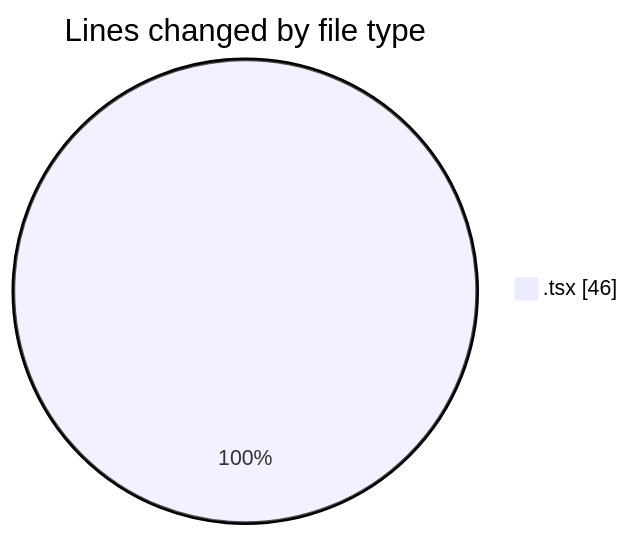
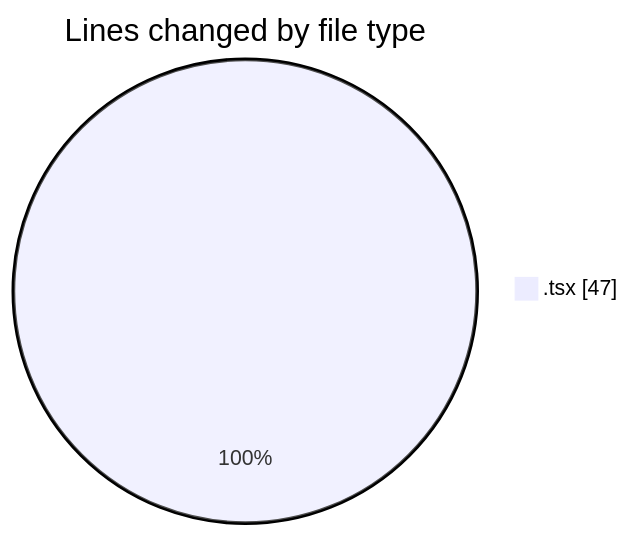
One commit to nxtqubesakshisongat/code-tracking changed the first of 2 diagrams in 2026-01-30/nxtqube_webapp/README.md. Above: the diagram before and after it, drawn with Mermaid. The commit also changed other lines of this file and 1 other file, not shown here.

````diff
--- a/2026-01-30/nxtqube_webapp/README.md
+++ b/2026-01-30/nxtqube_webapp/README.md
@@ -20,5 +20,5 @@
 ```mermaid
 pie showData
 title Lines changed by file type
-".tsx" : 46
+".tsx" : 47
 ```
````
